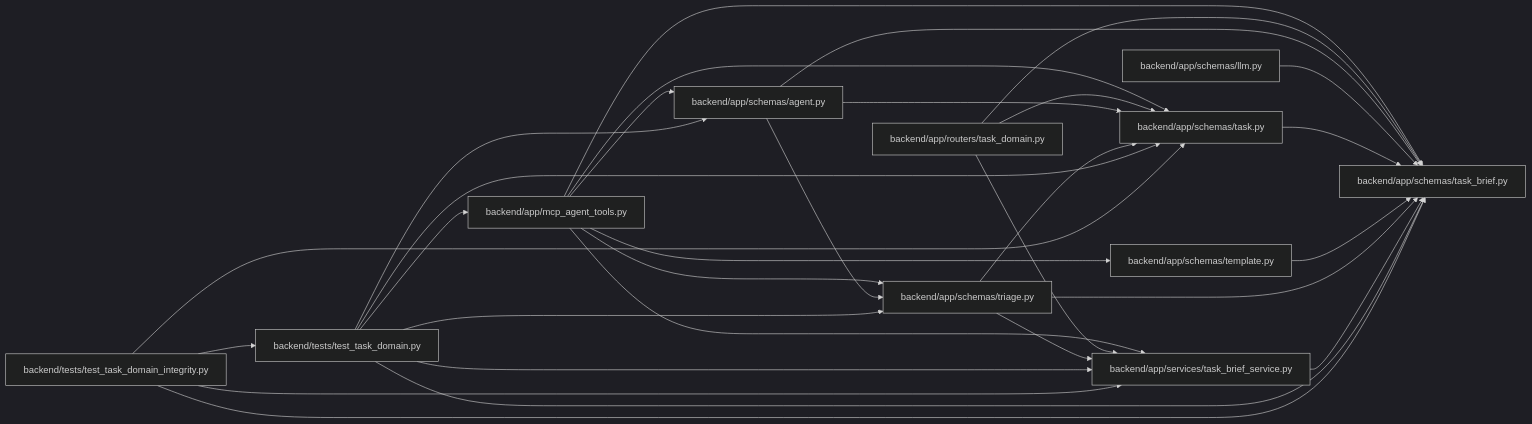
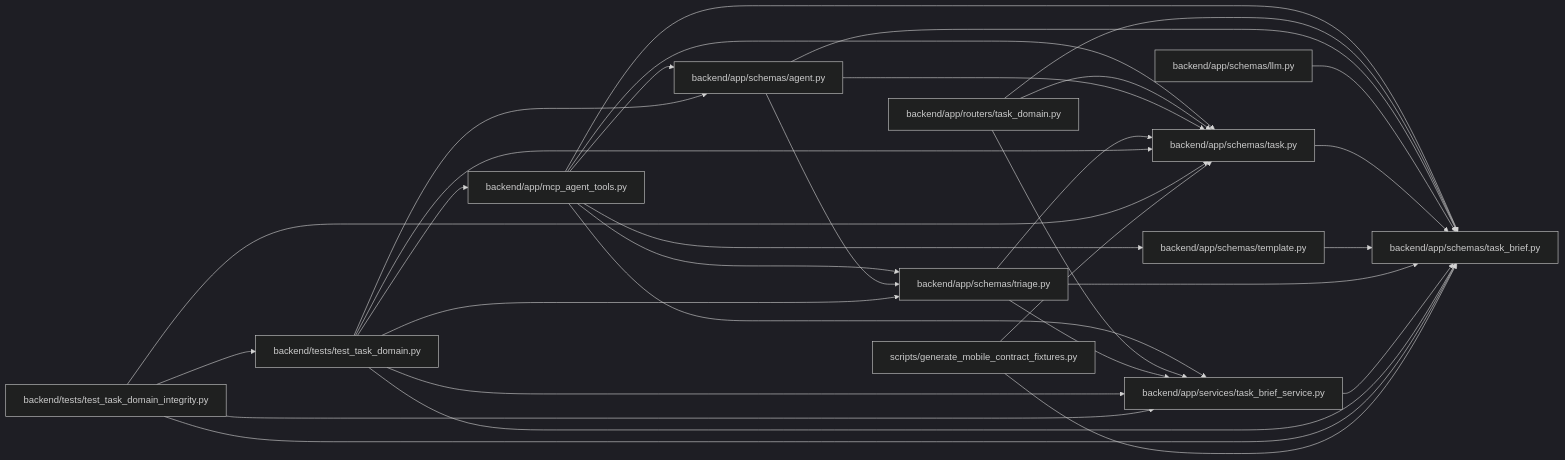
One commit to Denissvgn/WorkChord changed the diagram in docs/llm_wiki/modules/schemas_task_brief.md. Above: the diagram before and after it, drawn with Mermaid (dark theme). The commit also changed other lines of this file and 333 other files, not shown here.

Commit message:
docs(wiki): document canonical mobile contract examples

````diff
--- a/docs/llm_wiki/modules/schemas_task_brief.md
+++ b/docs/llm_wiki/modules/schemas_task_brief.md
@@ -21,54 +21,58 @@
 ```mermaid
 flowchart LR
     n0["backend/app/mcp_agent_tools.py"]
     n1["backend/app/routers/task_domain.py"]
     n2["backend/app/schemas/agent.py"]
     n3["backend/app/schemas/llm.py"]
     n4["backend/app/schemas/task.py"]
     n5["backend/app/schemas/task_brief.py"]
     n6["backend/app/schemas/template.py"]
     n7["backend/app/schemas/triage.py"]
     n8["backend/app/services/task_brief_service.py"]
     n9["backend/tests/test_task_domain.py"]
     n10["backend/tests/test_task_domain_integrity.py"]
+    n11["scripts/generate_mobile_contract_fixtures.py"]
     n0 --> n2
     n0 --> n4
     n0 --> n5
     n0 --> n6
     n0 --> n7
     n0 --> n8
     n1 --> n4
     n1 --> n5
     n1 --> n8
     n2 --> n4
     n2 --> n5
     n2 --> n7
     n3 --> n5
     n4 --> n5
     n6 --> n5
     n7 --> n4
     n7 --> n5
     n7 --> n8
     n8 --> n5
     n9 --> n0
     n9 --> n2
     n9 --> n4
     n9 --> n5
     n9 --> n7
     n9 --> n8
     n10 --> n4
     n10 --> n5
     n10 --> n8
     n10 --> n9
+    n11 --> n4
+    n11 --> n5
     click n0 "../modules/mcp_agent_tools.md"
     click n1 "../modules/routers_task_domain.md"
     click n2 "../modules/schemas_agent.md"
     click n3 "../modules/schemas_llm.md"
     click n4 "../modules/schemas_task.md"
     click n5 "../modules/schemas_task_brief.md"
     click n6 "../modules/schemas_template.md"
     click n7 "../modules/schemas_triage.md"
     click n8 "../modules/task_brief_service.md"
     click n9 "../modules/test_task_domain.md"
     click n10 "../modules/test_task_domain_integrity.md"
+    click n11 "../modules/generate_mobile_contract_fixtures.md"
 ```
````
